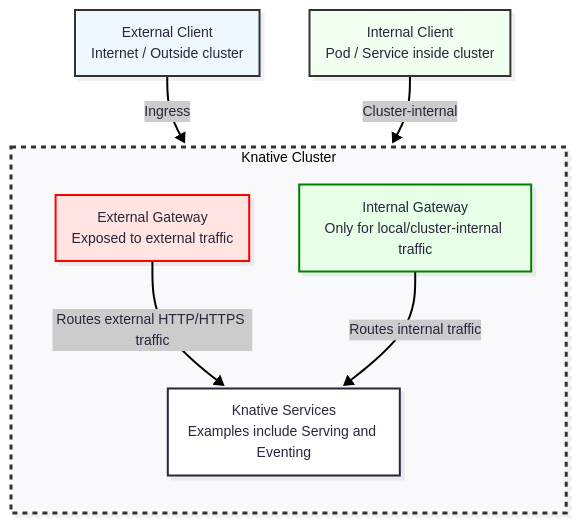
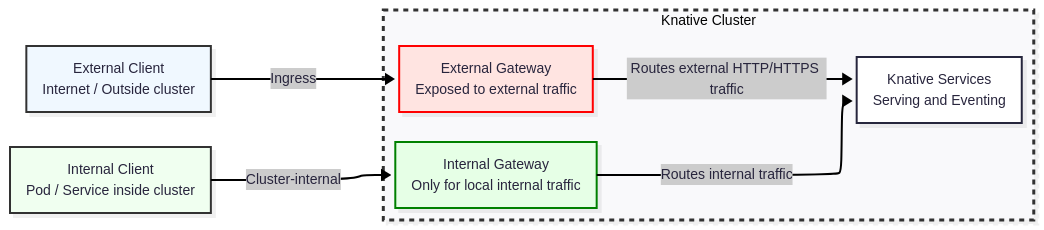
Before and after one commit to knative/docs: the eighth of 8 diagrams in docs/versioned/serving/config-network-adapters.md, drawn with Mermaid.

Commit message:
Update config-network-adapters.md
Mermaid adjustments

````diff
--- a/docs/versioned/serving/config-network-adapters.md
+++ b/docs/versioned/serving/config-network-adapters.md
@@ -282,25 +282,25 @@
 ```mermaid
 ---
 config:
   look: neo
   theme: redux
-  layout: dagre
+  layout: elk
 ---
-flowchart TB
+flowchart LR
  subgraph Cluster["Knative Cluster"]
     direction TB
-        ExtGateway["External Gateway\nExposed to external traffic"]
-        IntGateway["Internal Gateway\nOnly for local/cluster-internal traffic"]
-        KServe["Knative Services\nExamples include Serving and Eventing"]
+        ExtGateway["External Gateway<br>Exposed to external traffic"]
+        IntGateway["Internal Gateway<br>Only for local internal traffic"]
+        KServe["Knative Services<br>Serving and Eventing"]
   end
     ExtGateway -- Routes external HTTP/HTTPS traffic --> KServe
     IntGateway -- Routes internal traffic --> KServe
-    ExternalClient["External Client\nInternet / Outside cluster"] -- Ingress --> ExtGateway
-    InternalClient["Internal Client\nPod / Service inside cluster"] -- "Cluster-internal" --> IntGateway
+    ExternalClient["External Client<br>Internet / Outside cluster"] -- Ingress --> ExtGateway
+    InternalClient["Internal Client<br>Pod / Service inside cluster"] -- "Cluster-internal" --> IntGateway
 
     style ExtGateway fill:#ffe4e1,stroke:#ff0000,stroke-width:2px
     style IntGateway fill:#e6ffe6,stroke:#008000,stroke-width:2px
     style ExternalClient fill:#f0f8ff,stroke:#333
     style InternalClient fill:#f0fff0,stroke:#333
     style Cluster stroke:#333,stroke-width:3px,stroke-dasharray: 5 5
 ```    
````
